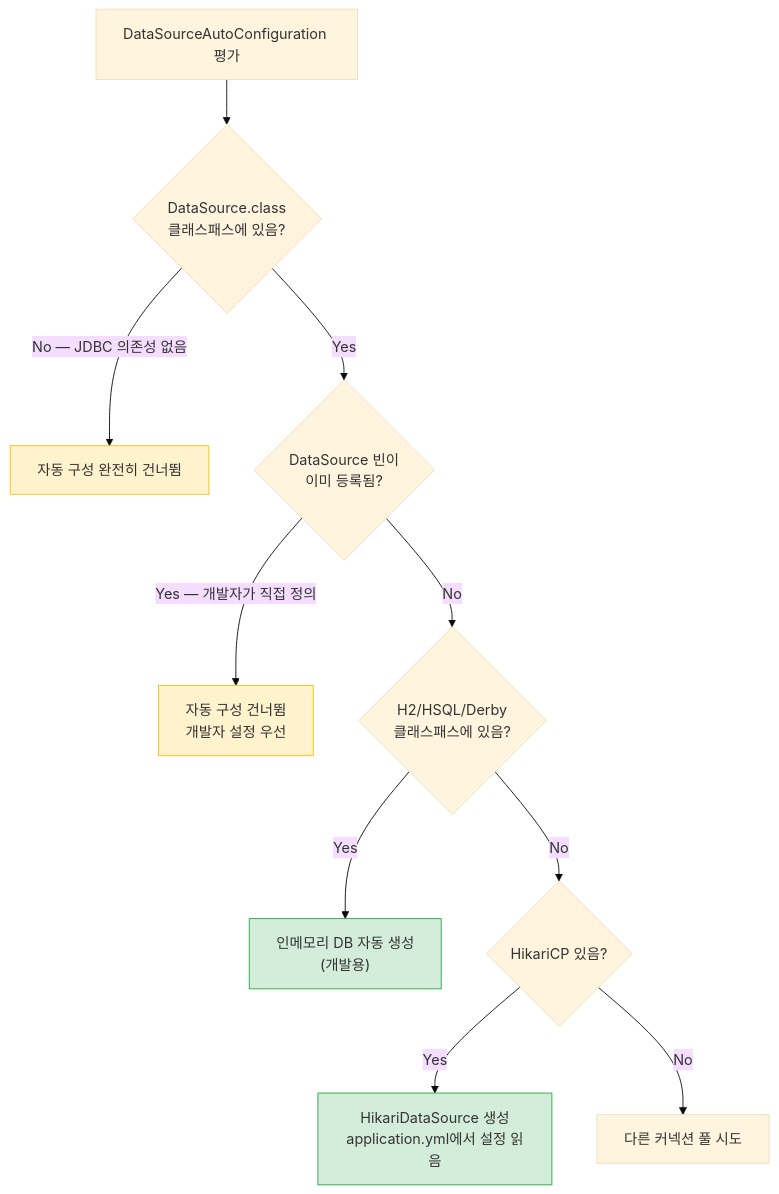
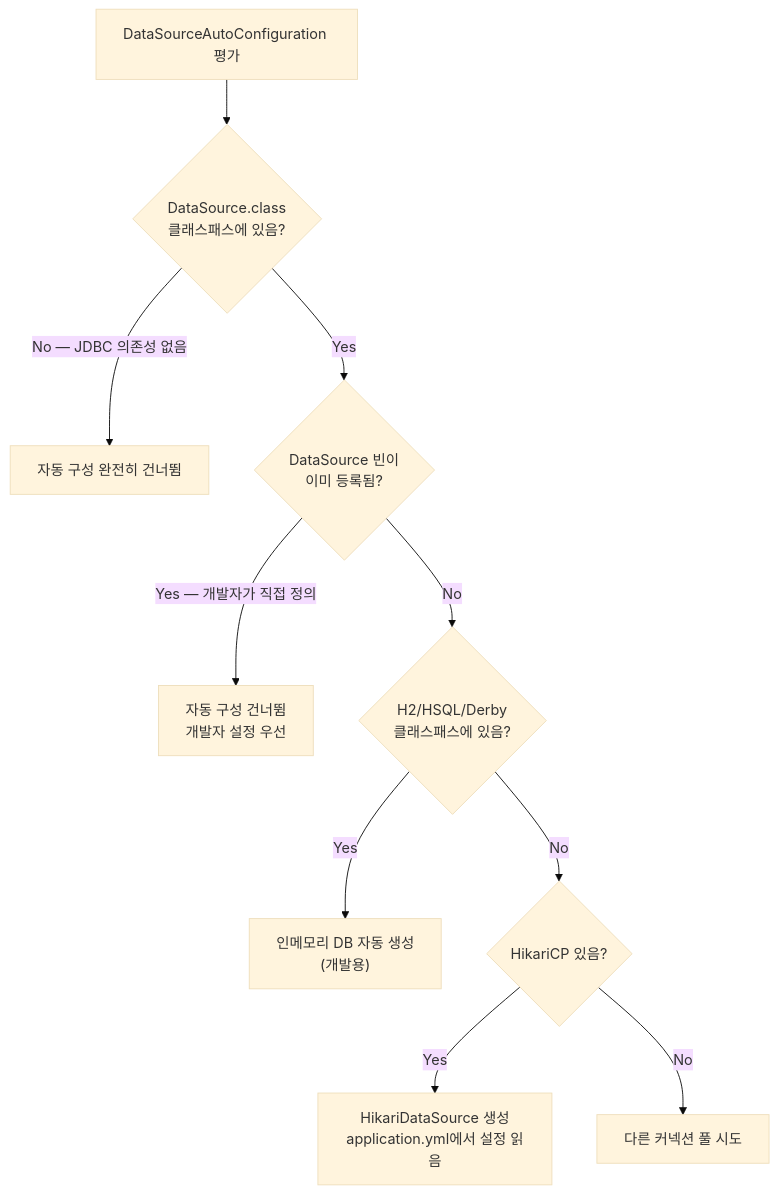
One commit to yjkim2015/yjkim2015.github.io changed the third of 7 diagrams in _posts/spring/2026-05-02-spring-boot-autoconfigure.md. Above: the diagram before and after it, drawn with Mermaid (base theme). The commit also changed other lines of this file and 215 other files, not shown here.

First line of the commit message:
신규 포스트 10개 추가 + Mermaid 전면 축소 + SystemDesign 시리즈 보강

````diff
--- a/_posts/spring/2026-05-02-spring-boot-autoconfigure.md
+++ b/_posts/spring/2026-05-02-spring-boot-autoconfigure.md
@@ -225,17 +212,12 @@
 ```mermaid
 flowchart TD
     A[DataSourceAutoConfiguration 평가] --> B{"DataSource.class\n클래스패스에 있음?"}
     B -->|"No — JDBC 의존성 없음"| C["자동 구성 완전히 건너뜀"]
     B -->|"Yes"| D{"DataSource 빈이\n이미 등록됨?"}
     D -->|"Yes — 개발자가 직접 정의"| E["자동 구성 건너뜀\n개발자 설정 우선"]
     D -->|"No"| F{"H2/HSQL/Derby\n클래스패스에 있음?"}
     F -->|"Yes"| G["인메모리 DB 자동 생성\n(개발용)"]
     F -->|"No"| H{"HikariCP 있음?"}
     H -->|"Yes"| I["HikariDataSource 생성\napplication.yml에서 설정 읽음"]
     H -->|"No"| J["다른 커넥션 풀 시도"]
-
-    classDef ok fill:#d4edda,stroke:#28a745
-    classDef skip fill:#fff3cd,stroke:#ffc107
-    class G,I ok
-    class C,E skip
 ```
````
